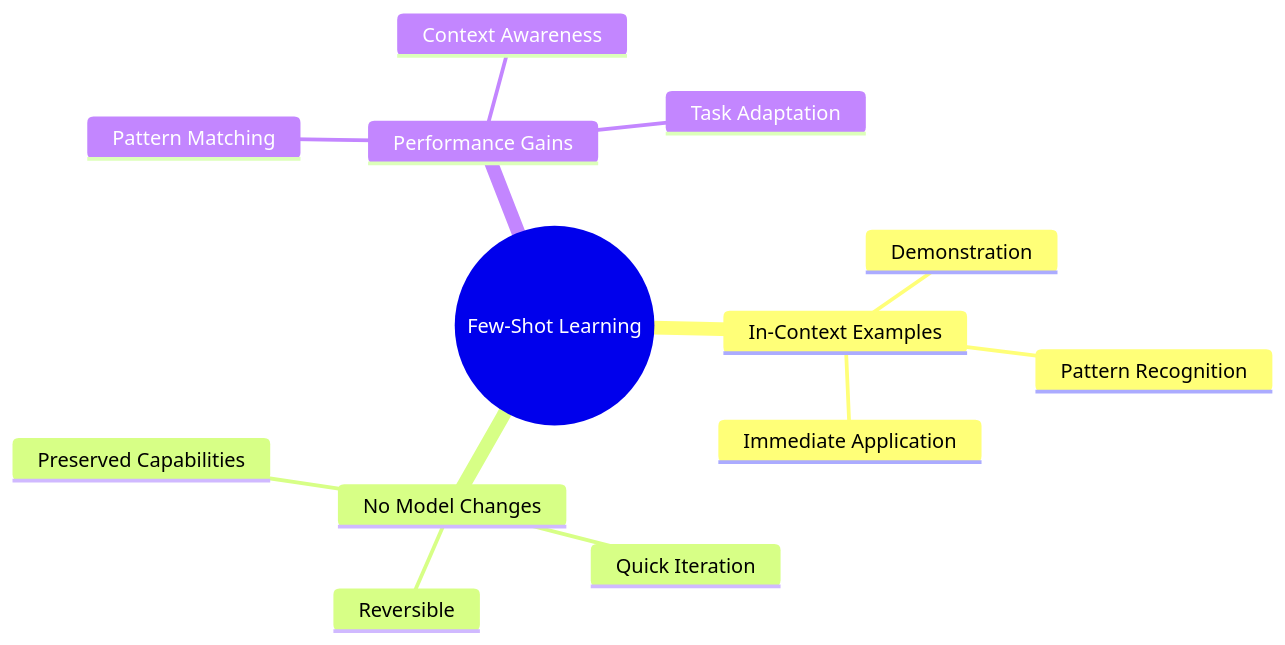
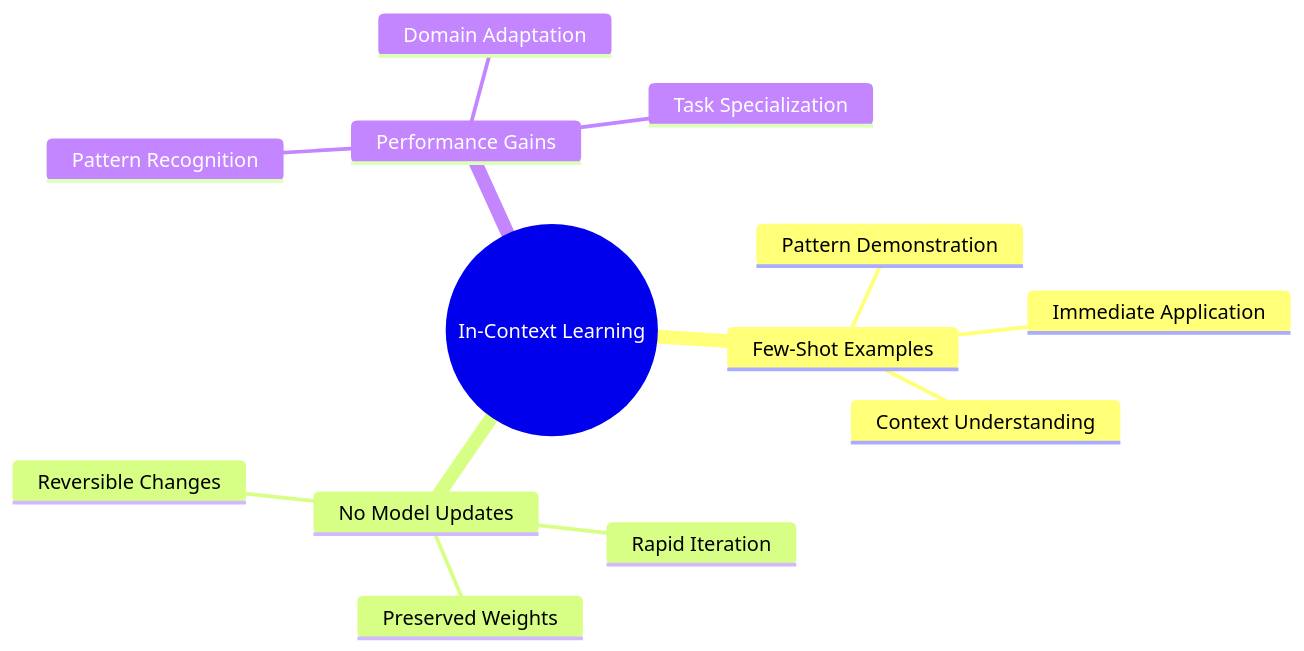
Before and after one commit to Psilocybin2K/qwen-rl: the fifth of 12 diagrams in README.md, drawn with Mermaid. The commit also changed other lines of this file, not shown here.

````diff
--- a/README.md
+++ b/README.md
@@ -276,16 +297,16 @@
 ```mermaid
 mindmap
-    root((Few-Shot Learning))
-        In-Context Examples
-            Demonstration
+    root((In-Context Learning))
+        Few-Shot Examples
+            Pattern Demonstration
+            Context Understanding
+            Immediate Application
+        No Model Updates
+            Preserved Weights
+            Rapid Iteration
+            Reversible Changes
+        Performance Gains
             Pattern Recognition
-            Immediate Application
-        No Model Changes
-            Preserved Capabilities
-            Quick Iteration
-            Reversible
-        Performance Gains
-            Pattern Matching
-            Context Awareness
-            Task Adaptation
+            Domain Adaptation
+            Task Specialization
 ```
````
